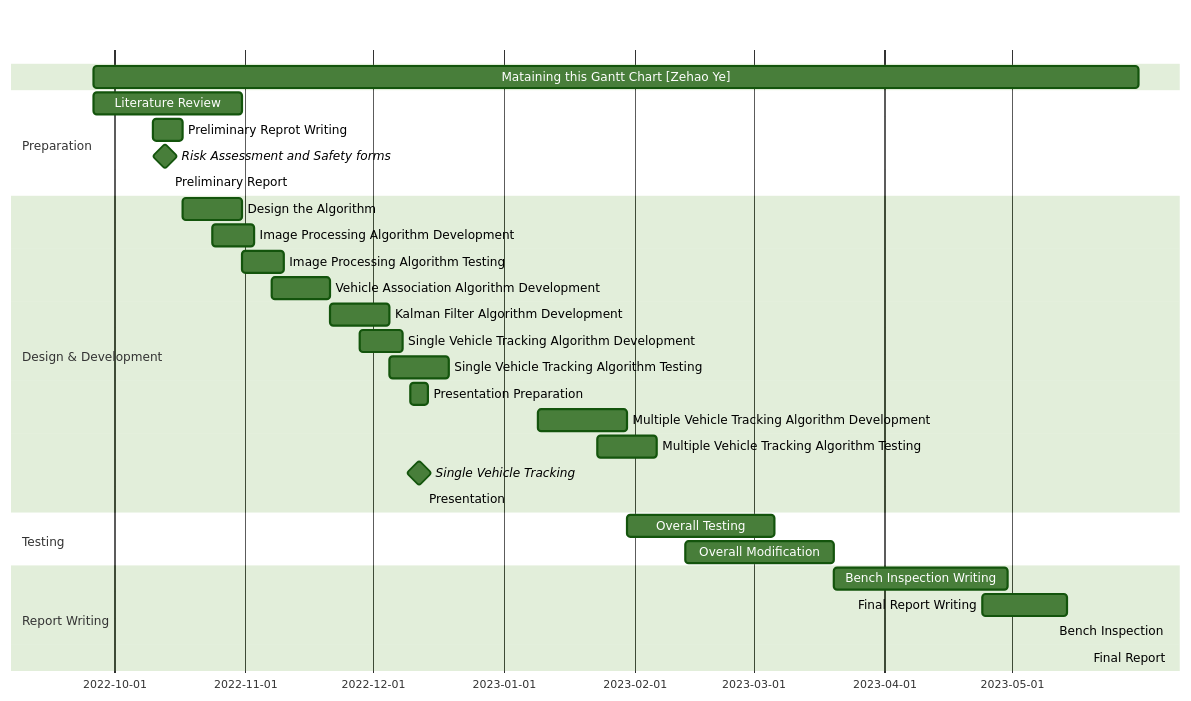
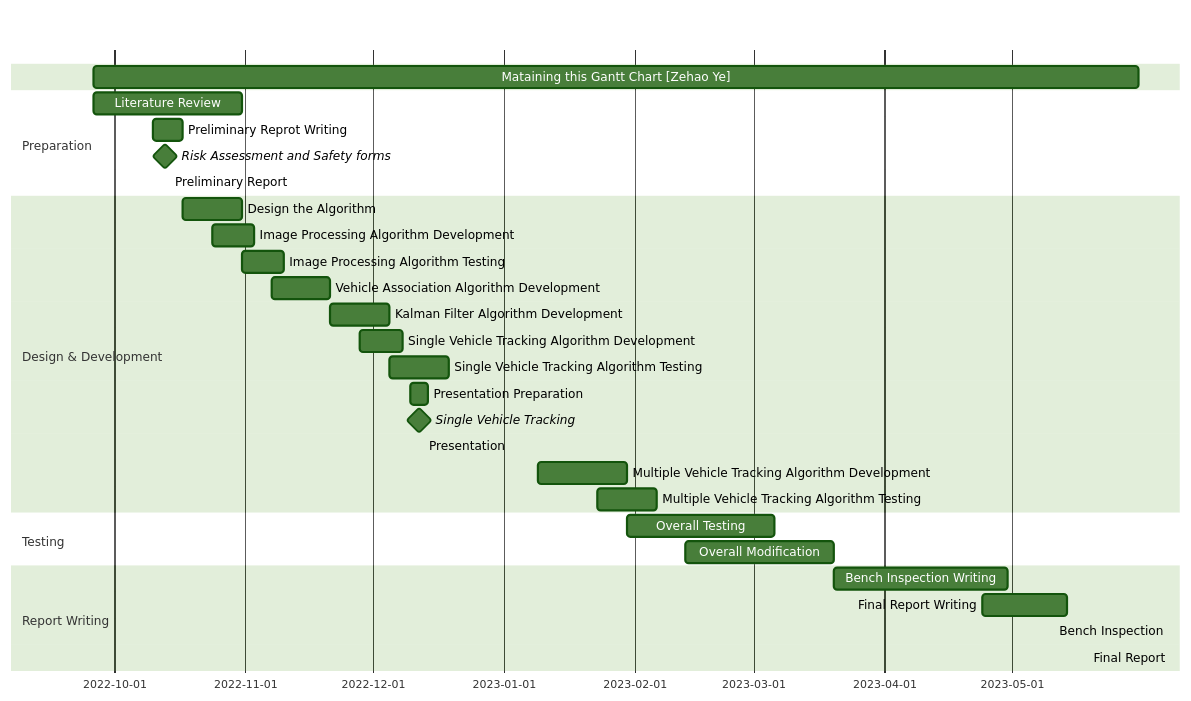
The diagram in README.md (yezehao/final-year-project), drawn with Mermaid (forest theme) before and after one commit.

Commit message:
modify the Gannt Chart

````diff
--- a/README.md
+++ b/README.md
@@ -18,37 +18,38 @@
 ```mermaid
 gantt
     dateFormat  YYYY-MM-DD
 
     Mataining this Gantt Chart [Zehao Ye] : 2022-09-26, 2023-05-31
 
     section Preparation
     Literature Review : prepare, 2022-09-26, 35d
     Preliminary Reprot Writing : reprot writing, 2022-10-10, 7d
     Risk Assessment and Safety forms : milestone, 2022-10-13, 0d
     Preliminary Report : crit, 2022-10-14, 0d
 
     section Design & Development
-    Design the Algorithm : design, 2022-10-17, 14d
+    Design the Algorithm : 2022-10-17, 14d
     Image Processing Algorithm Development : 2022-10-24, 10d
     Image Processing Algorithm Testing : 2022-10-31, 10d
     Vehicle Association Algorithm Development : 2022-11-7, 14d
     Kalman Filter Algorithm Development : 2022-11-21, 14d
     Single Vehicle Tracking Algorithm Development : 2022-11-28, 10d
     Single Vehicle Tracking Algorithm Testing : 2022-12-5, 14d
     Presentation Preparation : 2022-12-10, 4d
+    Single Vehicle Tracking : milestone, 2022-12-12, 0d
+    Presentation : crit, 2022-12-13, 0d
     Multiple Vehicle Tracking Algorithm Development: 2023-01-09, 21d
     Multiple Vehicle Tracking Algorithm Testing: 2023-01-23, 14d
-    Single Vehicle Tracking : milestone, 2022-12-12, 0d
-    Presentation : crit, 2022-12-13, 0d
+
 
     section Testing
     Overall Testing: 2023-01-30, 35d
     Overall Modification : 2023-02-13, 35d
 
     section Report Writing
     Bench Inspection Writing : 2023-03-20, 2023-04-30
     Final Report Writing : 2023-04-24, 2023-05-14
     Bench Inspection : crit, 2023-05-11, 0d
     Final Report : crit, 2023-05-19, 0d
 
 ```
````
